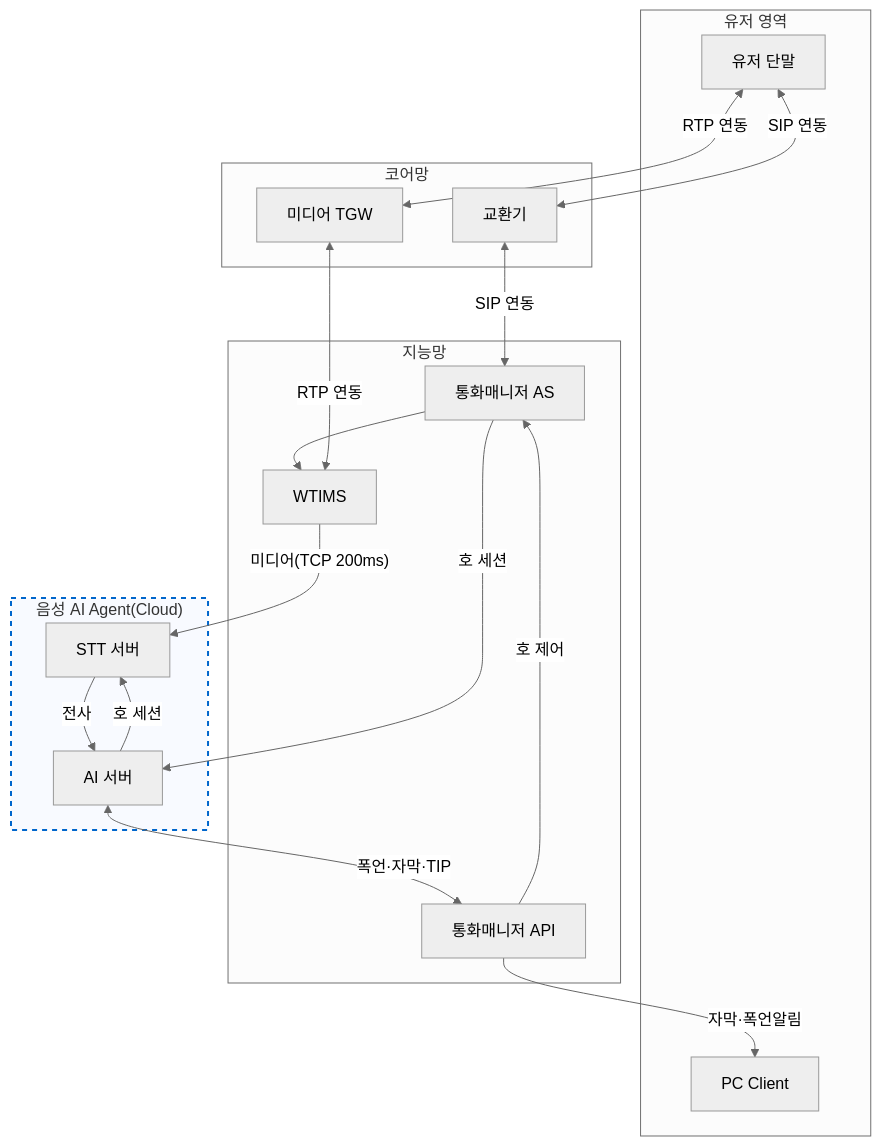
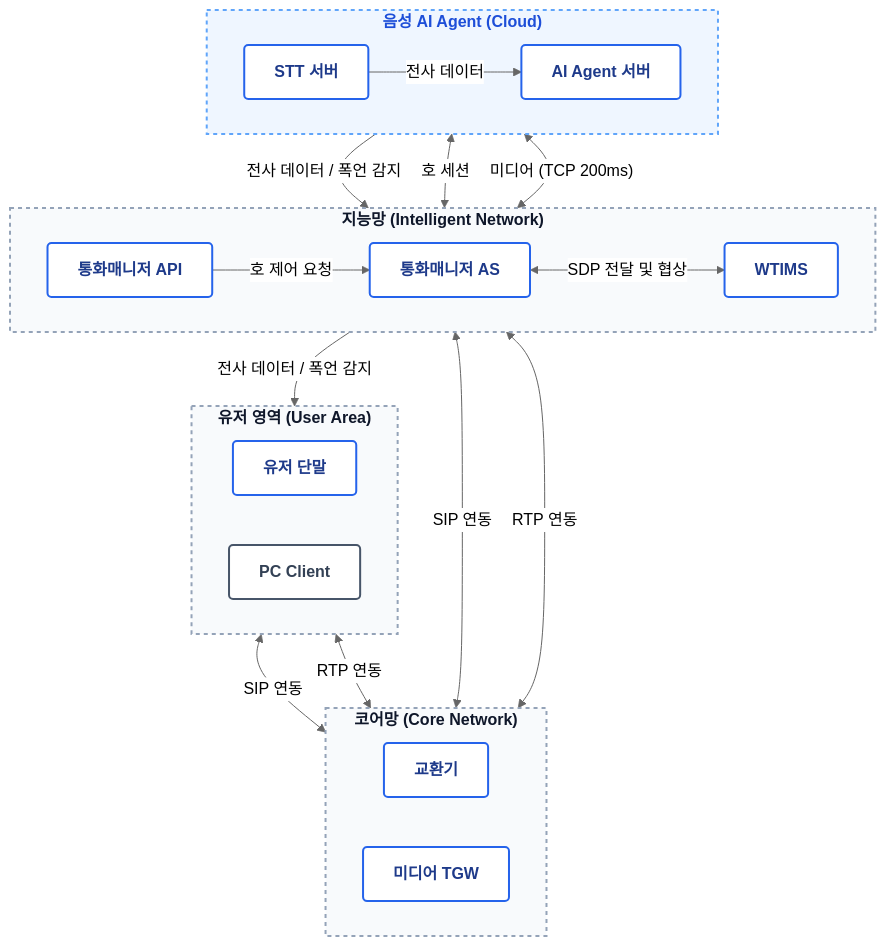
One commit to hak023/sip_pbx changed the diagram in docs/architecture/stt-agent-integration-cloud-stt.md. Above: the diagram before and after it, drawn with Mermaid (neutral theme).

Commit message:
docs(architecture): 방안 1 다이어그램 디자인 및 가독성 개선

````diff
--- a/docs/architecture/stt-agent-integration-cloud-stt.md
+++ b/docs/architecture/stt-agent-integration-cloud-stt.md
@@ -4,42 +4,59 @@
 ```mermaid
-flowchart TB
-    subgraph USER_AREA["유저 영역"]
-        USER_DEVICE[유저 단말]
-        PC_CLIENT[PC Client]
+graph TD
+    %% 스타일 정의 (블루 & 화이트 컨설팅 펌 테마)
+    classDef default fill:#ffffff,stroke:#cbd5e1,stroke-width:1px,color:#334155,font-family:sans-serif;
+    classDef layerBox fill:#f8fafc,stroke:#94a3b8,stroke-width:2px,stroke-dasharray: 4 4,color:#0f172a,font-weight:bold;
+    classDef cloudBox fill:#eff6ff,stroke:#60a5fa,stroke-width:2px,stroke-dasharray: 4 4,color:#1d4ed8,font-weight:bold;
+    classDef nodeBox fill:#ffffff,stroke:#2563eb,stroke-width:2px,color:#1e3a8a,font-weight:bold,rx:4px,ry:4px;
+    classDef clientBox fill:#ffffff,stroke:#475569,stroke-width:2px,color:#334155,font-weight:bold,rx:4px,ry:4px;
+
+    %% 계층별 Subgraph
+    subgraph User_Area ["유저 영역 (User Area)"]
+        direction LR
+        UserTerminal["유저 단말"]:::nodeBox
+        PCClient["PC Client"]:::clientBox
     end
 
-    subgraph CORE_NETWORK["코어망"]
-        EXCHANGE_SERVER[교환기]
-        MEDIA_TGW[미디어 TGW]
+    subgraph Core_Network ["코어망 (Core Network)"]
+        direction LR
+        Switch["교환기"]:::nodeBox
+        MediaTGW["미디어 TGW"]:::nodeBox
     end
 
-    subgraph INTELLIGENT_NETWORK["지능망"]
-        CALL_MANAGER_AS[통화매니저 AS]
-        WTIMS_SERVER[WTIMS]
-        CALL_MANAGER_API[통화매니저 API]
+    subgraph Intelligent_Network ["지능망 (Intelligent Network)"]
+        direction LR
+        CallManagerAS["통화매니저 AS"]:::nodeBox
+        WTIMS["WTIMS"]:::nodeBox
+        CallManagerAPI["통화매니저 API"]:::nodeBox
     end
 
-    subgraph VOICE_AI_AGENT_CLOUD["음성 AI Agent(Cloud)"]
-        style VOICE_AI_AGENT_CLOUD fill:#f8faff,stroke:#0066cc,stroke-width:2px,stroke-dasharray: 5 5
-        
-        CLOUD_STT_SERVER[STT 서버]
-        AI_SERVER[AI 서버]
+    subgraph Cloud_Agent ["음성 AI Agent (Cloud)"]
+        direction LR
+        AIAgent["AI Agent 서버"]:::nodeBox
+        STTServer["STT 서버"]:::nodeBox
     end
 
-    EXCHANGE_SERVER <-->|SIP 연동| CALL_MANAGER_AS
-    CALL_MANAGER_AS --> WTIMS_SERVER
-    USER_DEVICE <-->|SIP 연동| EXCHANGE_SERVER
-    USER_DEVICE <-->|RTP 연동| MEDIA_TGW
-    MEDIA_TGW <-->|RTP 연동| WTIMS_SERVER
+    %% 연결선 및 프로토콜 흐름
+    UserTerminal <-->|SIP 연동| Switch
+    UserTerminal <-->|RTP 연동| MediaTGW
+    
+    Switch <-->|SIP 연동| CallManagerAS
+    MediaTGW <-->|RTP 연동| WTIMS
+    
+    CallManagerAS <-->|SDP 전달 및 협상| WTIMS
+    
+    CallManagerAS <-->|호 세션| AIAgent
+    WTIMS <-->|"미디어 (TCP 200ms)"| STTServer
+    
+    STTServer -->|전사 데이터| AIAgent
+    
+    STTServer -->|전사 데이터 / 폭언 감지| CallManagerAPI
+    CallManagerAPI -->|호 제어 요청| CallManagerAS
+    CallManagerAPI -->|전사 데이터 / 폭언 감지| PCClient
 
-    %% 연동 구간
-    CALL_MANAGER_AS -->|호 세션| AI_SERVER
-    AI_SERVER -->|호 세션| CLOUD_STT_SERVER
-    WTIMS_SERVER -->|"미디어(TCP 200ms)"| CLOUD_STT_SERVER
-    CLOUD_STT_SERVER -->|전사| AI_SERVER
-
-    %% AI Agent 연동
-    AI_SERVER <-->|폭언·자막·TIP| CALL_MANAGER_API
-    CALL_MANAGER_API -->|호 제어| CALL_MANAGER_AS
-    CALL_MANAGER_API -->|자막·폭언알림| PC_CLIENT
+    %% 서브그래프 스타일 적용
+    class User_Area layerBox;
+    class Core_Network layerBox;
+    class Intelligent_Network layerBox;
+    class Cloud_Agent cloudBox;
 ```
````
